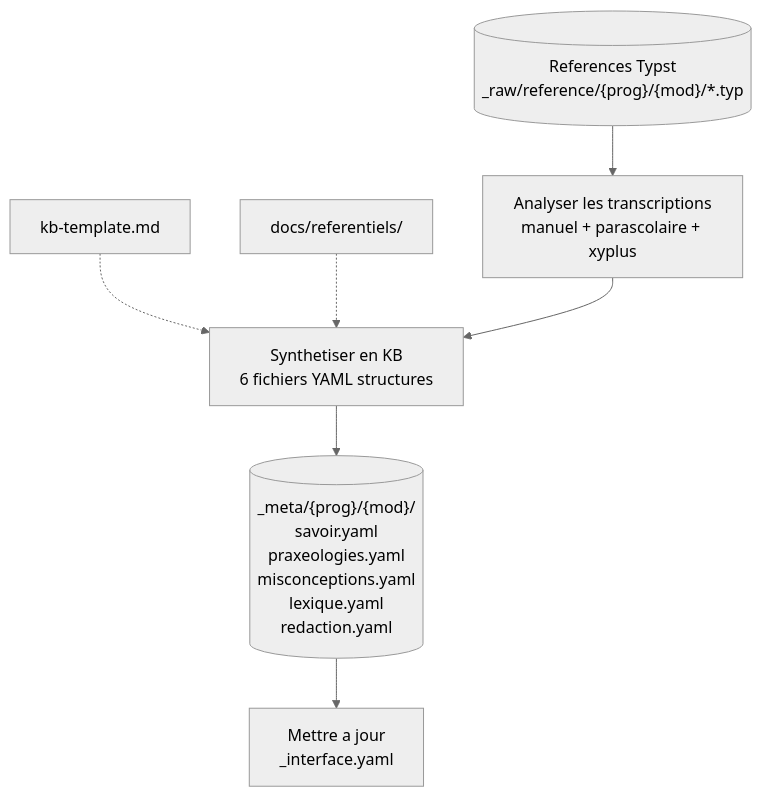
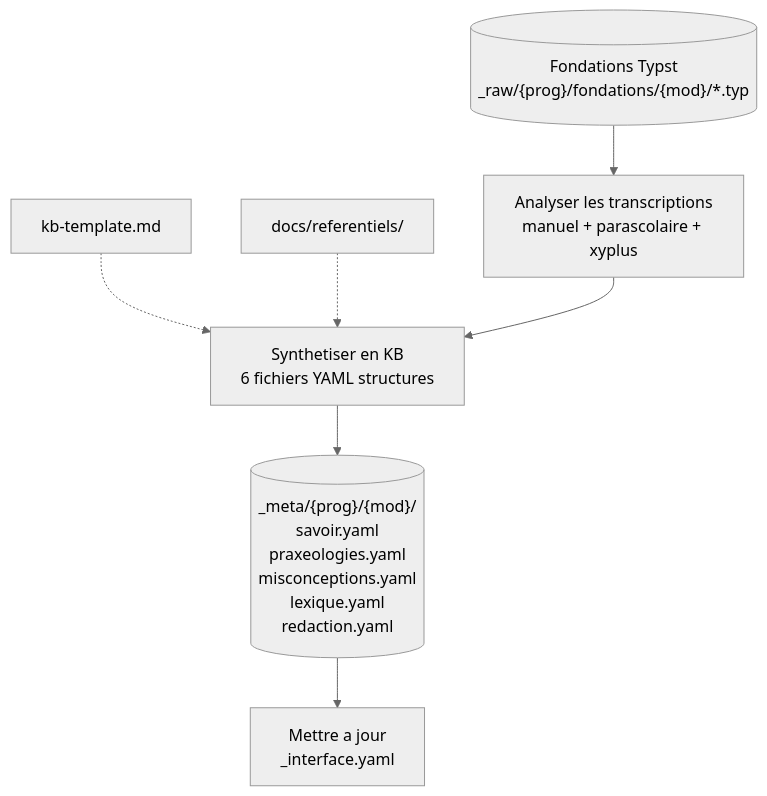
One commit to bilalYezzaGit/learning-web changed the third of 8 diagrams in docs/content-agentic-workflow.md. Above: the diagram before and after it, drawn with Mermaid (neutral theme). The commit also changed other lines of this file and 49 other files, not shown here.

First line of the commit message:
Restructurer _raw/ : namespace programme + fondations/enrichissements

````diff
--- a/docs/content-agentic-workflow.md
+++ b/docs/content-agentic-workflow.md
@@ -156,9 +157,9 @@
 ```mermaid
 flowchart TD
-    TYPST[("References Typst\n_raw/reference/{prog}/{mod}/*.typ")] --> Analyse["Analyser les transcriptions\nmanuel + parascolaire + xyplus"]
+    TYPST[("Fondations Typst\n_raw/{prog}/fondations/{mod}/*.typ")] --> Analyse["Analyser les transcriptions\nmanuel + parascolaire + xyplus"]
     TPL["kb-template.md"] -.-> Synth
     REF["docs/referentiels/"] -.-> Synth
     Analyse --> Synth["Synthetiser en KB\n6 fichiers YAML structures"]
     Synth --> Meta[("_meta/{prog}/{mod}/\nsavoir.yaml\npraxeologies.yaml\nmisconceptions.yaml\nlexique.yaml\nredaction.yaml")]
     Meta --> Interface["Mettre a jour\n_interface.yaml"]
 ```
````
